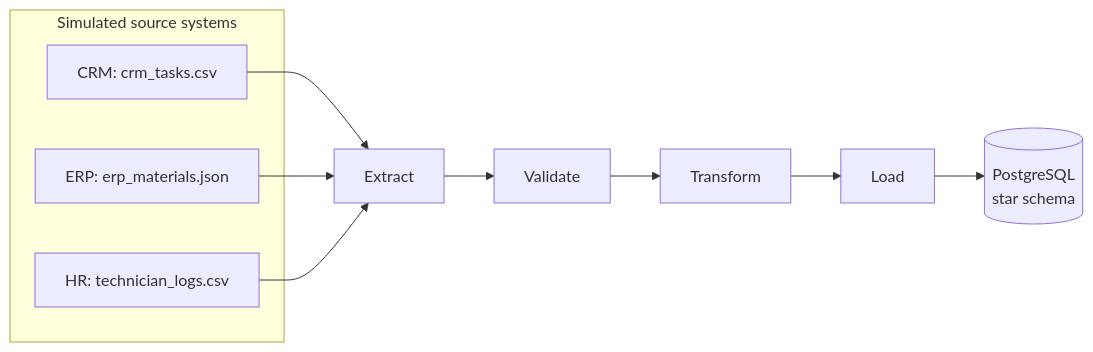
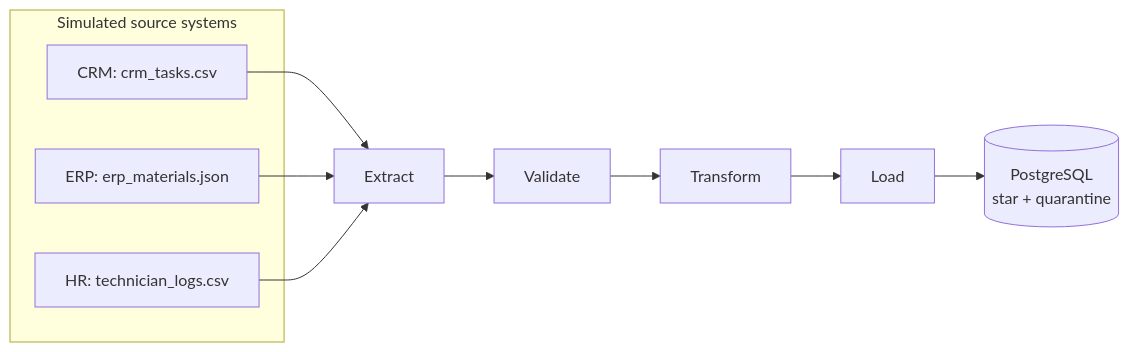
The first of 2 diagrams in README.md (draprar/telecom-ops-pipeline), drawn with Mermaid before and after one commit. The commit also changed other lines of this file and 12 other files, not shown here.

First line of the commit message:
feat: persist data-quality quarantine in Postgres before star load

````diff
--- a/README.md
+++ b/README.md
@@ -17,16 +17,16 @@
 ```mermaid
 flowchart LR
     subgraph Sources["Simulated source systems"]
         A[CRM: crm_tasks.csv]
         B[ERP: erp_materials.json]
         C[HR: technician_logs.csv]
     end
 
     A --> E[Extract]
     B --> E
     C --> E
     E --> V[Validate]
     V --> T[Transform]
     T --> L[Load]
-    L --> PG[(PostgreSQL<br/>star schema)]
+    L --> PG[(PostgreSQL<br/>star + quarantine)]
 ```
````
